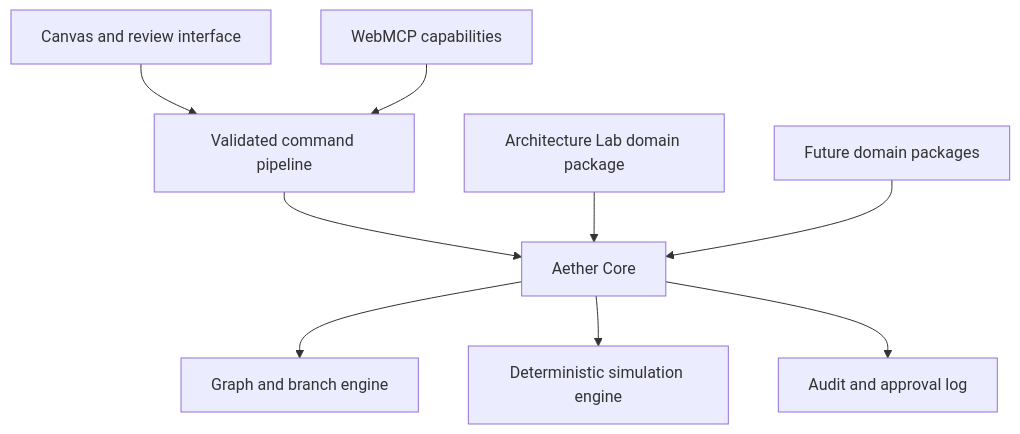
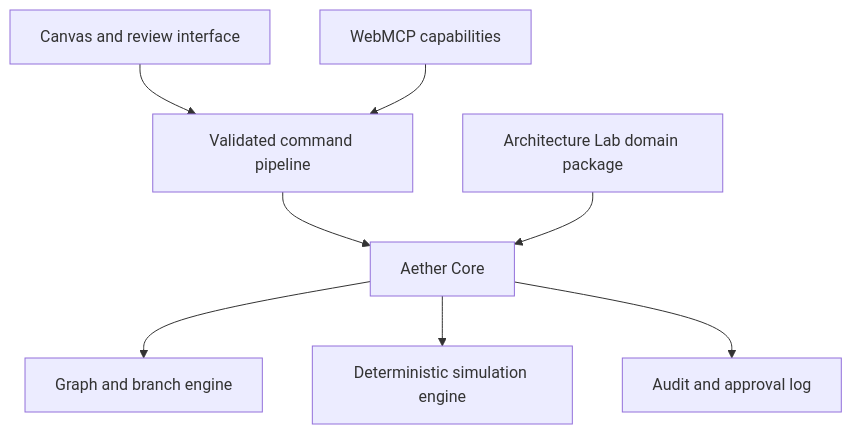
Before and after one commit to sreenathmmenon/aether: the diagram in README.md, drawn with Mermaid. The commit also changed other lines of this file and 1 other file, not shown here.

````diff
--- a/README.md
+++ b/README.md
@@ -91,11 +124,10 @@
 ```mermaid
 flowchart TB
   UI[Canvas and review interface] --> CMD[Validated command pipeline]
   MCP[WebMCP capabilities] --> CMD
   CMD --> CORE[Aether Core]
   CORE --> GRAPH[Graph and branch engine]
   CORE --> SIM[Deterministic simulation engine]
   CORE --> AUDIT[Audit and approval log]
   ARCH[Architecture Lab domain package] --> CORE
-  FUTURE[Future domain packages] --> CORE
 ```
````
